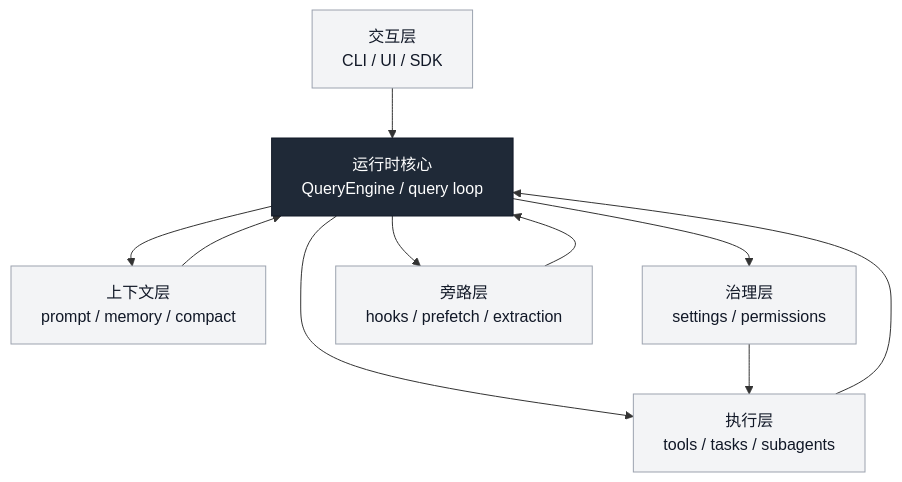
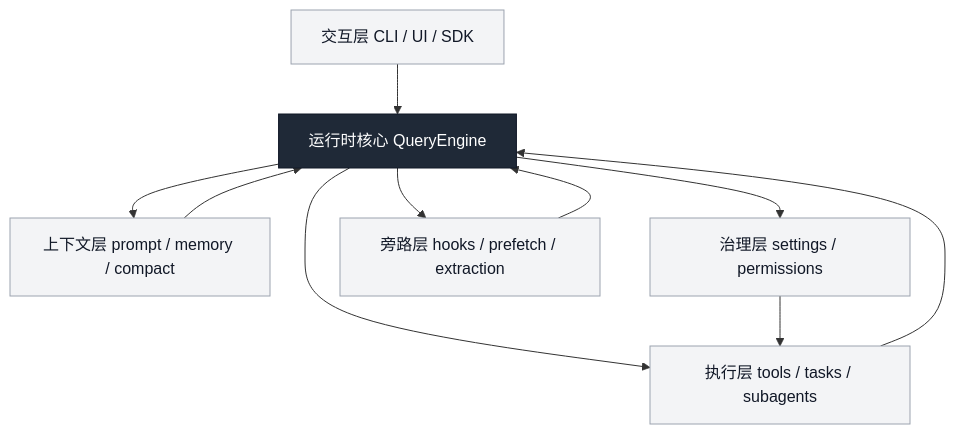
The diagram in claude-code-architecture/27-runtime-architecture-map.md (betaHi/betaHi.github.io), drawn with Mermaid before and after one commit. The commit also changed 12 other files, not shown here.

First line of the commit message:
Prevent mermaid clipping by shortening dense node labels

````diff
--- a/claude-code-architecture/27-runtime-architecture-map.md
+++ b/claude-code-architecture/27-runtime-architecture-map.md
@@ -82,24 +82,24 @@
 ```mermaid
 flowchart TD
-    IP[交互层<br/>CLI / UI / SDK]
-    RC[运行时核心<br/>QueryEngine / query loop]
-    EP[执行层<br/>tools / tasks / subagents]
-    CP[上下文层<br/>prompt / memory / compact]
-    GP[治理层<br/>settings / permissions]
-    SP[旁路层<br/>hooks / prefetch / extraction]
+    IP[交互层 CLI / UI / SDK]
+    RC[运行时核心 QueryEngine]
+    EP[执行层 tools / tasks / subagents]
+    CP[上下文层 prompt / memory / compact]
+    GP[治理层 settings / permissions]
+    SP[旁路层 hooks / prefetch / extraction]
 
     IP --> RC
     RC --> EP
     RC --> CP
     RC --> GP
     RC --> SP
     SP --> RC
     GP --> EP
     CP --> RC
     EP --> RC
 
     classDef core fill:#1f2937,stroke:#111827,color:#fff;
     classDef plane fill:#f3f4f6,stroke:#9ca3af,color:#111827;
     class RC core;
     class IP,EP,CP,GP,SP plane;
 ```
````
